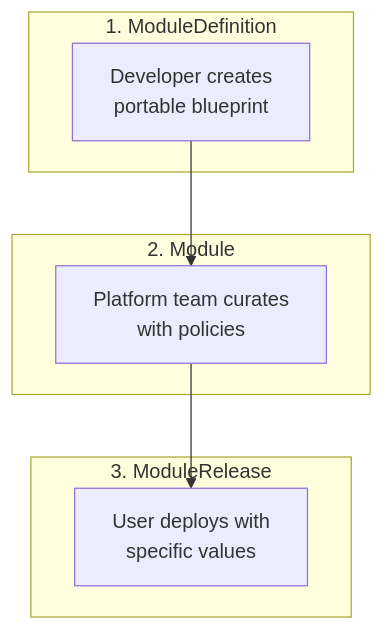
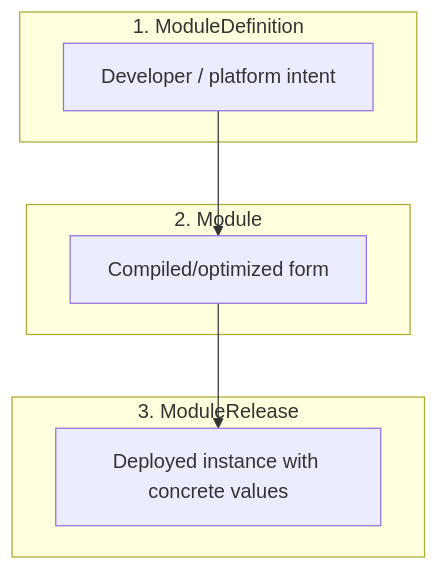
One commit to open-platform-model/opm changed the diagram in README.md. Above: the diagram before and after it, drawn with Mermaid. The commit also changed other lines of this file and 4 other files, not shown here.

````diff
--- a/README.md
+++ b/README.md
@@ -47,19 +217,17 @@
 ```mermaid
 graph TB
-    subgraph "1. ModuleDefinition"
-        MD[Developer creates
-        portable blueprint]
-    end
 
-    subgraph "2. Module"
-        MOD[Platform team curates
-        with policies]
-    end
+subgraph "1. ModuleDefinition"
+  MD[Developer / platform intent]
+end
 
-    subgraph "3. ModuleRelease"
-        MR[User deploys with
-        specific values]
-    end
+subgraph "2. Module"
+  MOD[Compiled/optimized form]
+end
 
-    MD --> MOD --> MR
+subgraph "3. ModuleRelease"
+  MR[Deployed instance with concrete values]
+end
+
+MD --> MOD --> MR
 ```
````
